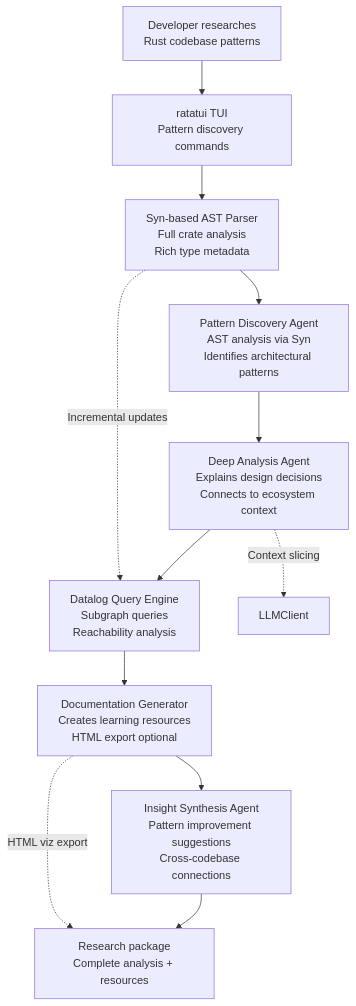
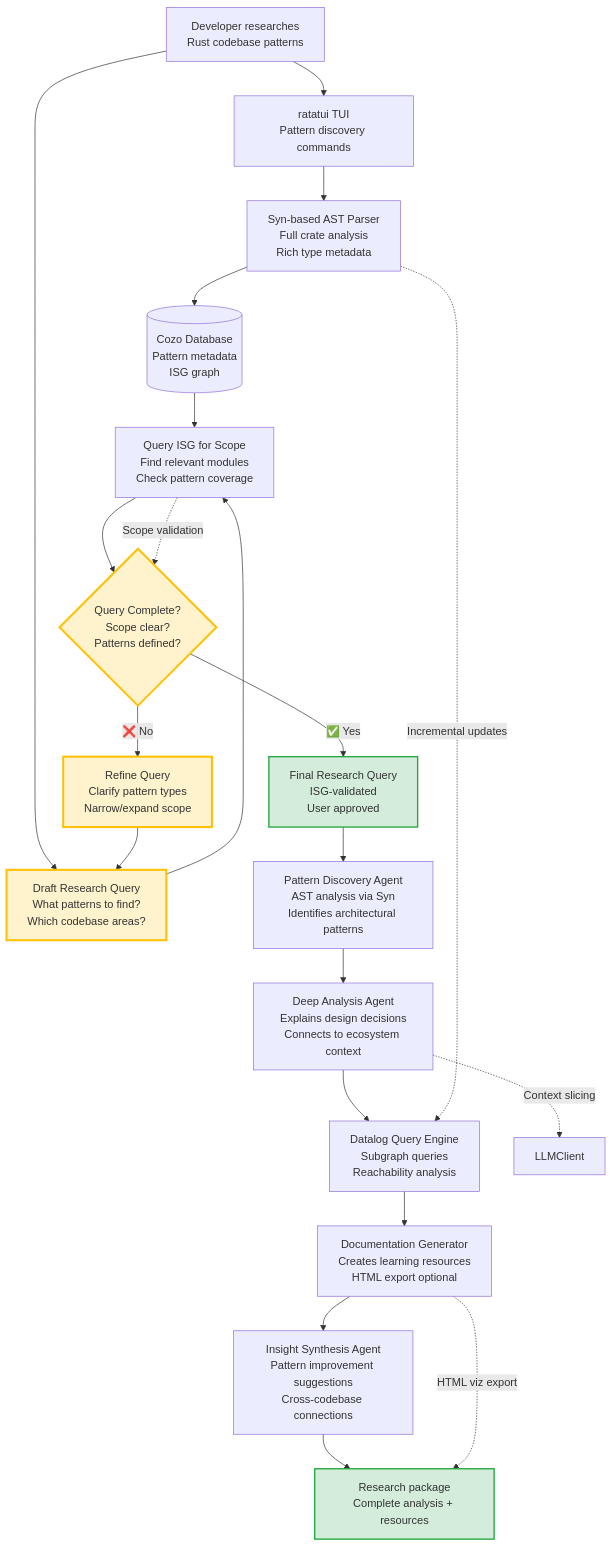
One commit to that-in-rust/transfiguration changed the third of 17 diagrams in Insp09_ActiveWorkspaces_StrategicInitiatives/Insp04_PRD202510/P14ThreeJourneys.md. Above: the diagram before and after it, drawn with Mermaid. The commit also changed other lines of this file and 1 other file, not shown here.

Commit message:
Insp09_ActiveWorkspaces_StrategicInitiatives/Insp04_PRD202510/P15ValidateArchitecture.md

````diff
--- a/Insp09_ActiveWorkspaces_StrategicInitiatives/Insp04_PRD202510/P14ThreeJourneys.md
+++ b/Insp09_ActiveWorkspaces_StrategicInitiatives/Insp04_PRD202510/P14ThreeJourneys.md
@@ -134,16 +167,38 @@
 ```mermaid
 flowchart TD
     Researcher["Developer researches<br/>Rust codebase patterns"] --> TUI["ratatui TUI<br/>Pattern discovery commands"]
     TUI --> SynASTParser["Syn-based AST Parser<br/>Full crate analysis<br/>Rich type metadata"]
-    SynASTParser --> PatternExtractor["Pattern Discovery Agent<br/>AST analysis via Syn<br/>Identifies architectural patterns"]
+    SynASTParser --> CozoDB[("Cozo Database<br/>Pattern metadata<br/>ISG graph")]
+    
+    %% PRD Iteration Loop for Research Query
+    Researcher --> QUERY_DRAFT["Draft Research Query<br/>What patterns to find?<br/>Which codebase areas?"]
+    QUERY_DRAFT --> ISG_SCOPE["Query ISG for Scope<br/>Find relevant modules<br/>Check pattern coverage"]
+    
+    CozoDB --> ISG_SCOPE
+    ISG_SCOPE --> VALIDATE{Query Complete?<br/>Scope clear?<br/>Patterns defined?}
+    
+    VALIDATE -->|❌ No| REFINE["Refine Query<br/>Clarify pattern types<br/>Narrow/expand scope"]
+    REFINE --> QUERY_DRAFT
+    
+    VALIDATE -->|✅ Yes| QUERY_FINAL["Final Research Query<br/>ISG-validated<br/>User approved"]
+    
+    %% Pattern Discovery with ISG
+    QUERY_FINAL --> PatternExtractor["Pattern Discovery Agent<br/>AST analysis via Syn<br/>Identifies architectural patterns"]
     PatternExtractor --> AnalysisAgent["Deep Analysis Agent<br/>Explains design decisions<br/>Connects to ecosystem context"]
     AnalysisAgent --> CozoQueries["Datalog Query Engine<br/>Subgraph queries<br/>Reachability analysis"]
     CozoQueries --> DocumentationAgent["Documentation Generator<br/>Creates learning resources<br/>HTML export optional"]
     DocumentationAgent --> InsightAgent["Insight Synthesis Agent<br/>Pattern improvement suggestions<br/>Cross-codebase connections"]
     InsightAgent --> ResearchOutput["Research package<br/>Complete analysis + resources"]
 
     %% Technical optimizations
     SynASTParser -.->|Incremental updates| CozoQueries
     AnalysisAgent -.->|Context slicing| LLMClient
     DocumentationAgent -.->|HTML viz export| ResearchOutput
+    ISG_SCOPE -.->|Scope validation| VALIDATE
+    
+    %% Styling
+    classDef critical fill:#fff3cd,stroke:#ffc107,stroke-width:3px
+    classDef success fill:#d4edda,stroke:#28a745,stroke-width:2px
+    class QUERY_DRAFT,REFINE,VALIDATE critical
+    class QUERY_FINAL,ResearchOutput success
 ```
````
